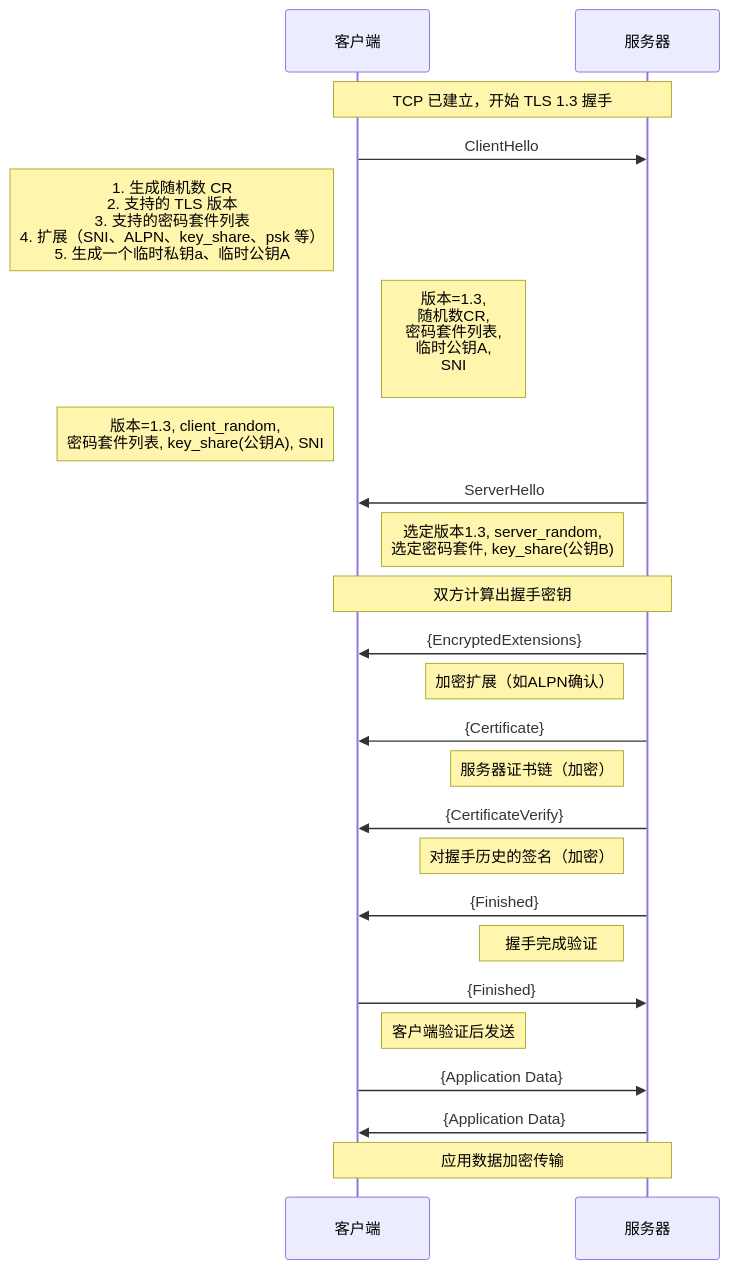
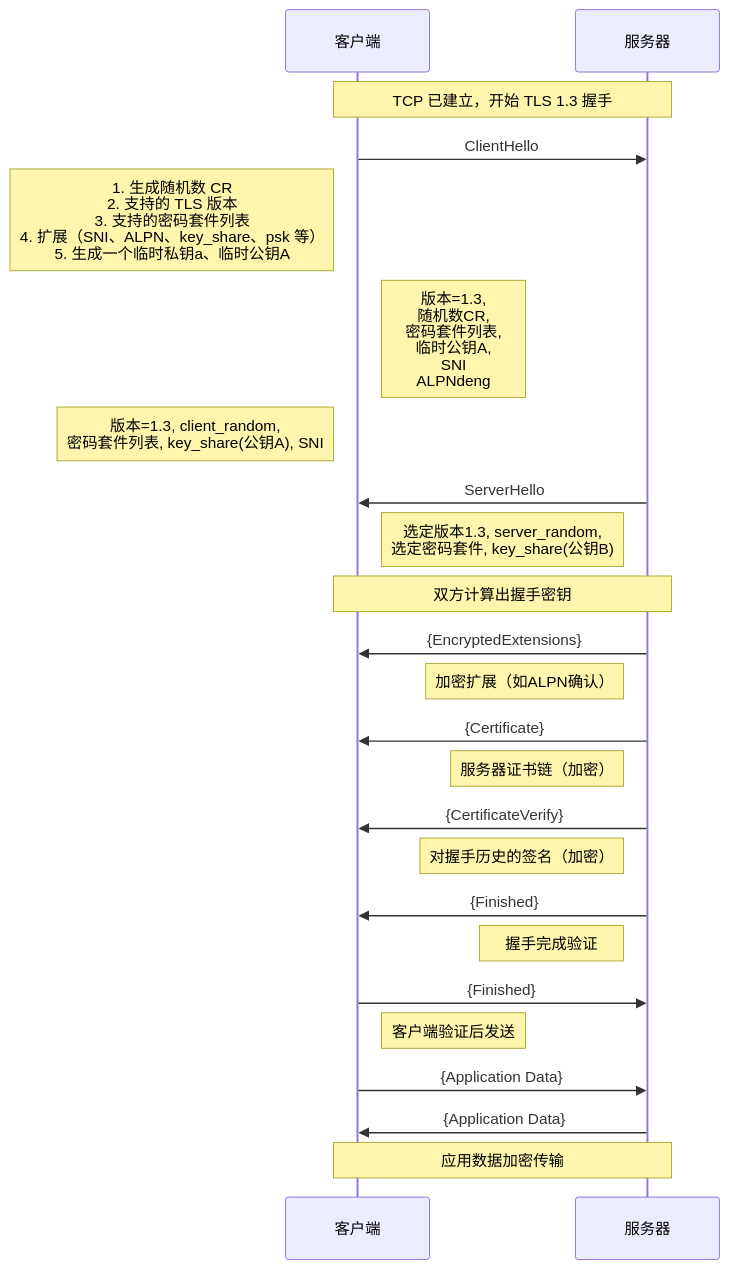
Before and after one commit to HY-10-8/iodraw-files: the diagram in all/TLS-1.3-通用.md, drawn with Mermaid.

Commit message:
2026-03-30 17:58:39 update

````diff
--- a/all/TLS-1.3-通用.md
+++ b/all/TLS-1.3-通用.md
@@ -1,36 +1,36 @@
 ```mermaid
 sequenceDiagram
     participant C as 客户端
     participant S as 服务器
 
     Note over C,S: TCP 已建立，开始 TLS 1.3 握手
 
     C->>S: ClientHello
     Note left of C: 1. 生成随机数 CR<br/> 2. 支持的 TLS 版本<br/> 3. 支持的密码套件列表<br/> 4. 扩展（SNI、ALPN、key_share、psk 等）<br/> 5. 生成一个临时私钥a、临时公钥A
-    Note right of C: 版本=1.3,<br/> 随机数CR,<br/> 密码套件列表,<br/> 临时公钥A,<br/> SNI<br/> 
+    Note right of C: 版本=1.3,<br/> 随机数CR,<br/> 密码套件列表,<br/> 临时公钥A,<br/> SNI<br/> ALPNdeng
     Note left of C: 版本=1.3, client_random,<br/> 密码套件列表, key_share(公钥A), SNI
 
     S->>C: ServerHello
     Note left of S: 选定版本1.3, server_random,<br/> 选定密码套件, key_share(公钥B)
 
     Note over C,S: 双方计算出握手密钥
 
     S->>C: {EncryptedExtensions}
     Note left of S: 加密扩展（如ALPN确认）
 
     S->>C: {Certificate}
     Note left of S: 服务器证书链（加密）
 
     S->>C: {CertificateVerify}
     Note left of S: 对握手历史的签名（加密）
 
     S->>C: {Finished}
     Note left of S: 握手完成验证
 
     C->>S: {Finished}
     Note right of C: 客户端验证后发送
 
     C->>S: {Application Data}
     S->>C: {Application Data}
     Note over C,S: 应用数据加密传输
 ```
````
